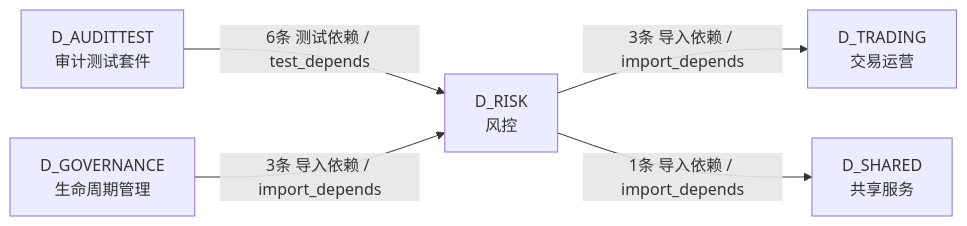
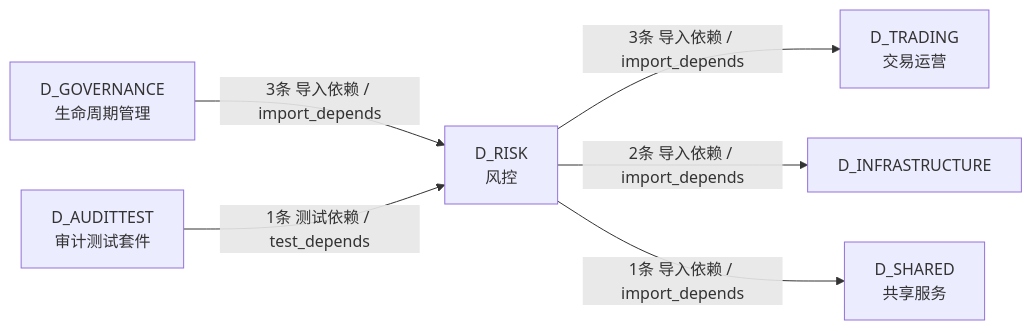
The fourth of 4 diagrams in docs/02_enterprise_architecture/02_domain_architecture_docs/52_d_risk.md (xuanFelixVan/ZephyrAlpha), drawn with Mermaid before and after one commit. The commit also changed other lines of this file and 112 other files, not shown here.

````diff
--- a/docs/02_enterprise_architecture/02_domain_architecture_docs/52_d_risk.md
+++ b/docs/02_enterprise_architecture/02_domain_architecture_docs/52_d_risk.md
@@ -252,12 +259,14 @@
 ```mermaid
 graph LR
     D_RISK["D_RISK<br/>风控"]
     D_TRADING["D_TRADING<br/>交易运营"]
+    D_INFRASTRUCTURE["D_INFRASTRUCTURE"]
     D_SHARED["D_SHARED<br/>共享服务"]
+    D_GOVERNANCE["D_GOVERNANCE<br/>生命周期管理"]
     D_AUDITTEST["D_AUDITTEST<br/>审计测试套件"]
-    D_GOVERNANCE["D_GOVERNANCE<br/>生命周期管理"]
     D_RISK -->|3条 导入依赖 / import_depends| D_TRADING
+    D_RISK -->|2条 导入依赖 / import_depends| D_INFRASTRUCTURE
     D_RISK -->|1条 导入依赖 / import_depends| D_SHARED
-    D_AUDITTEST -->|6条 测试依赖 / test_depends| D_RISK
     D_GOVERNANCE -->|3条 导入依赖 / import_depends| D_RISK
+    D_AUDITTEST -->|1条 测试依赖 / test_depends| D_RISK
 ```
````
